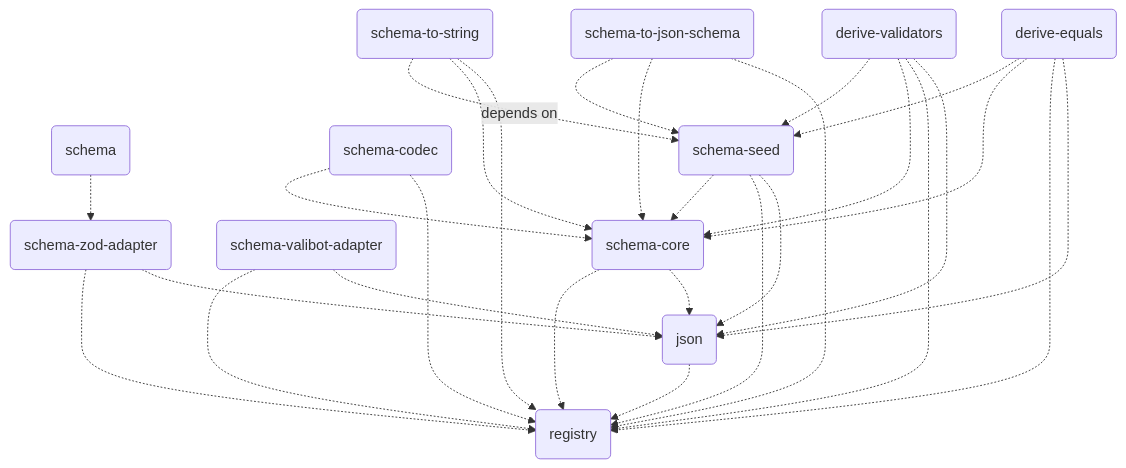
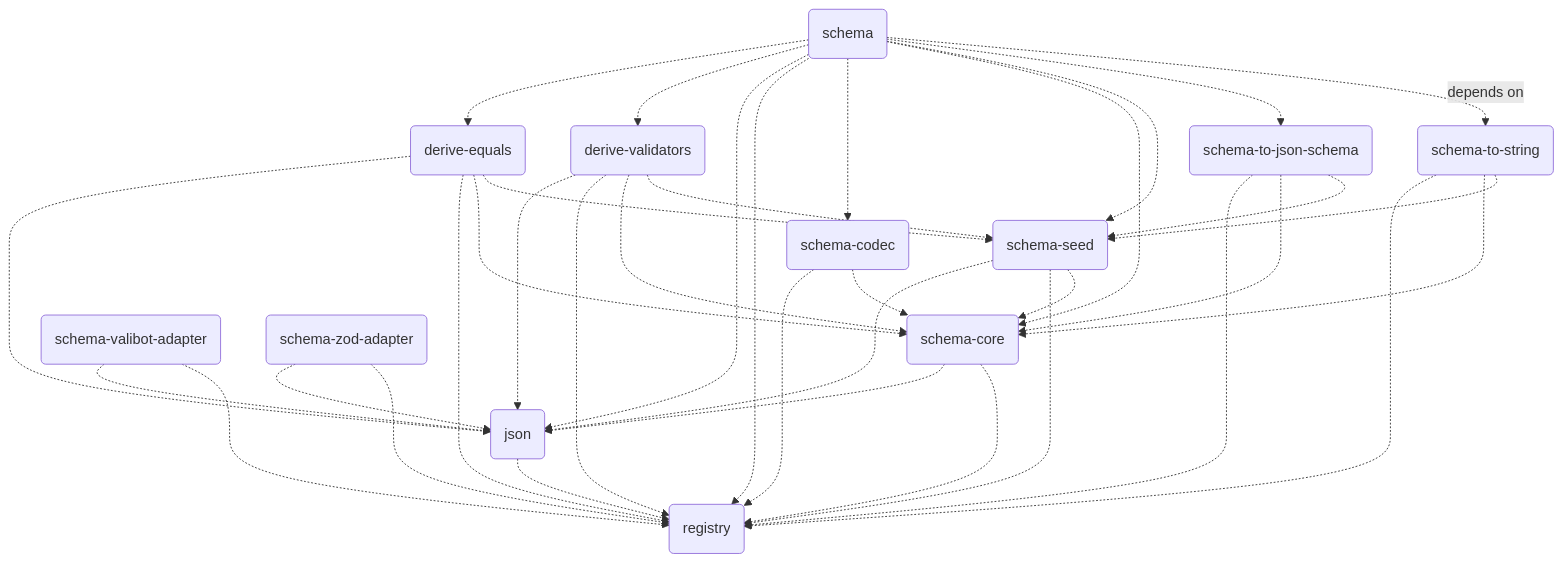
Before and after one commit to traversable/schema: the diagram in README.md, drawn with Mermaid.

Commit message:
fix(docs): points mermaid chart generation at peerDeps, rather than devDeps

````diff
--- a/README.md
+++ b/README.md
@@ -168,31 +168,39 @@
 ```mermaid
 flowchart TD
     registry(registry)
     json(json) -.-> registry(registry)
     schema-core(schema-core) -.-> json(json)
     schema-core(schema-core) -.-> registry(registry)
     schema-valibot-adapter(schema-valibot-adapter) -.-> json(json)
     schema-valibot-adapter(schema-valibot-adapter) -.-> registry(registry)
     schema-zod-adapter(schema-zod-adapter) -.-> json(json)
     schema-zod-adapter(schema-zod-adapter) -.-> registry(registry)
-    schema(schema) -.-> schema-zod-adapter(schema-zod-adapter)
     schema-codec(schema-codec) -.-> registry(registry)
     schema-codec(schema-codec) -.-> schema-core(schema-core)
     schema-seed(schema-seed) -.-> json(json)
     schema-seed(schema-seed) -.-> registry(registry)
     schema-seed(schema-seed) -.-> schema-core(schema-core)
     derive-equals(derive-equals) -.-> json(json)
     derive-equals(derive-equals) -.-> registry(registry)
     derive-equals(derive-equals) -.-> schema-core(schema-core)
     derive-equals(derive-equals) -.-> schema-seed(schema-seed)
     derive-validators(derive-validators) -.-> json(json)
     derive-validators(derive-validators) -.-> registry(registry)
     derive-validators(derive-validators) -.-> schema-core(schema-core)
     derive-validators(derive-validators) -.-> schema-seed(schema-seed)
     schema-to-json-schema(schema-to-json-schema) -.-> registry(registry)
     schema-to-json-schema(schema-to-json-schema) -.-> schema-core(schema-core)
     schema-to-json-schema(schema-to-json-schema) -.-> schema-seed(schema-seed)
     schema-to-string(schema-to-string) -.-> registry(registry)
     schema-to-string(schema-to-string) -.-> schema-core(schema-core)
-    schema-to-string(schema-to-string) -.depends on.-> schema-seed(schema-seed)
+    schema-to-string(schema-to-string) -.-> schema-seed(schema-seed)
+    schema(schema) -.-> derive-equals(derive-equals)
+    schema(schema) -.-> derive-validators(derive-validators)
+    schema(schema) -.-> json(json)
+    schema(schema) -.-> registry(registry)
+    schema(schema) -.-> schema-codec(schema-codec)
+    schema(schema) -.-> schema-core(schema-core)
+    schema(schema) -.-> schema-seed(schema-seed)
+    schema(schema) -.-> schema-to-json-schema(schema-to-json-schema)
+    schema(schema) -.depends on.-> schema-to-string(schema-to-string)
 ```
````
